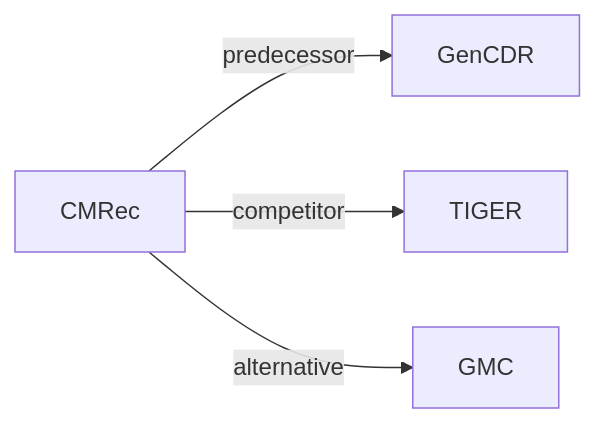
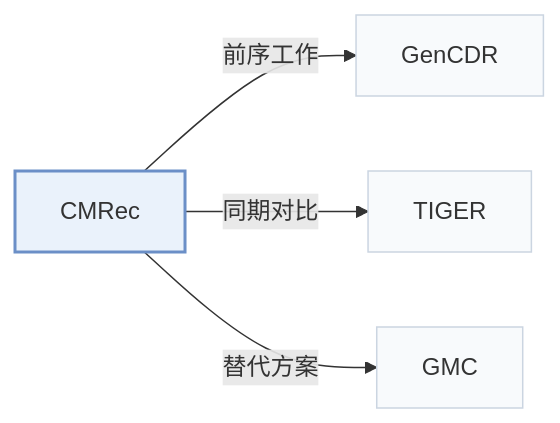
Before and after one commit to Galaxy-ghost/Awesome-SID-Generative-Rec: the second of 2 diagrams in pages/zh/papers/cmrec.md, drawn with Mermaid. The commit also changed other lines of this file and 649 other files, not shown here.

Commit message:
writer-05: also tags and modality index (schema, check, build, visuals); summary field removed; calibration data for 12 papers

````diff
--- a/pages/zh/papers/cmrec.md
+++ b/pages/zh/papers/cmrec.md
@@ -66,7 +72,11 @@
 ```mermaid
 flowchart LR
     P["CMRec"]
-    P -->|predecessor| A["GenCDR"]
-    P -->|competitor| B["TIGER"]
-    P -->|alternative| C["GMC"]
+    P -->|"前序工作"| A["GenCDR"]
+    P -->|"同期对比"| B["TIGER"]
+    P -->|"替代方案"| C["GMC"]
+    classDef main fill:#eaf2fb,stroke:#6b8fc7,stroke-width:2px
+    classDef peer fill:#f8fafc,stroke:#cbd5e1
+    class P main
+    class A,B,C peer
 ```
````
